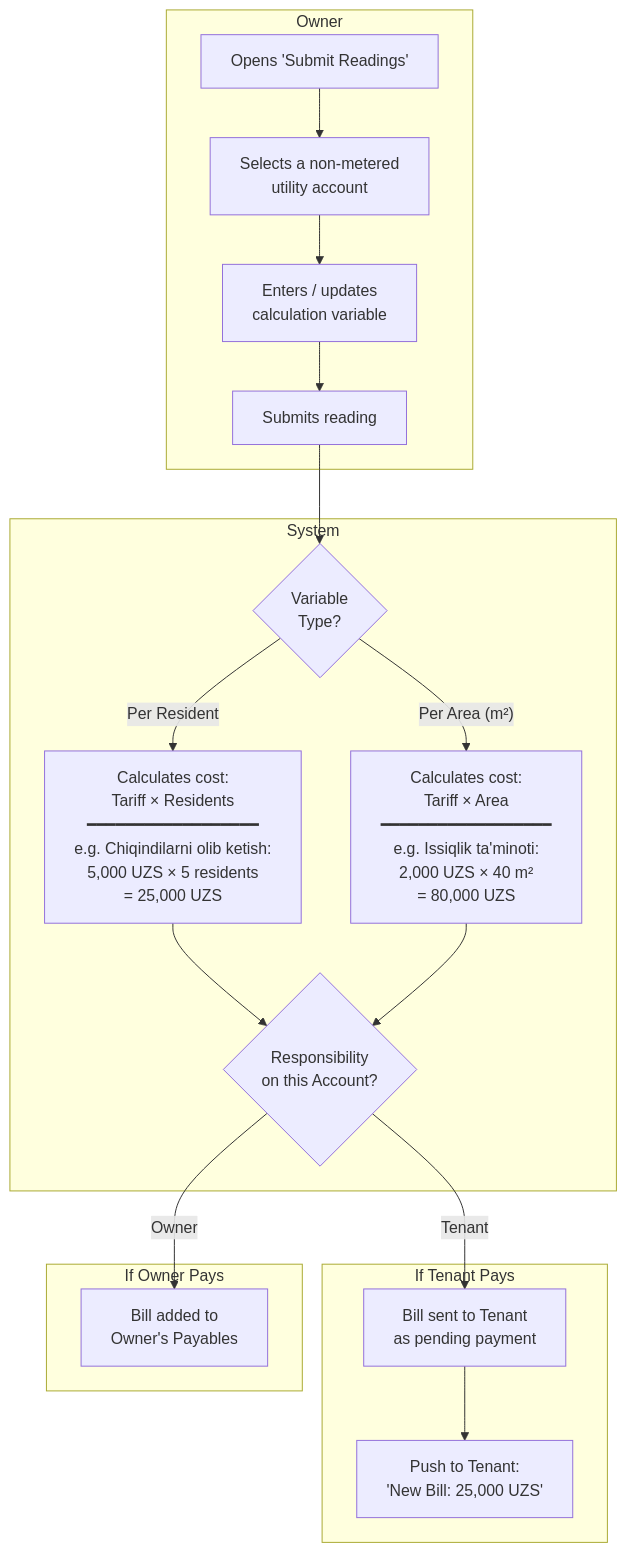
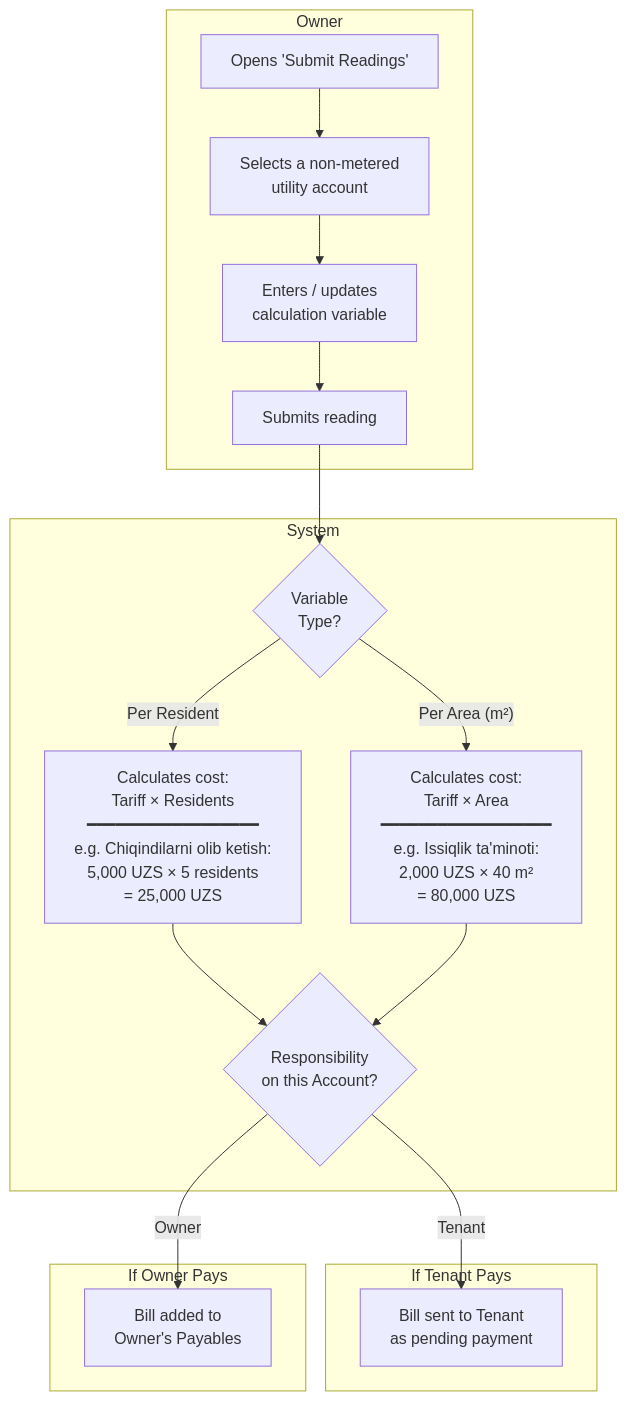
Before and after one commit to saodatm-dev/Utilities---Informational-Architecture: the sixth of 12 diagrams in Utilities - Business Owner.md, drawn with Mermaid. The commit also changed other lines of this file, not shown here.

Commit message:
refactor: Refine billing automation descriptions, update dashboard alerts, remove tenant bill notifications, and clarify non-metered utility settlement.

````diff
--- a/Utilities - Business Owner.md
+++ b/Utilities - Business Owner.md
@@ -195,26 +194,25 @@
 ```mermaid
 flowchart TD
     subgraph OWNER_ACTIONS ["Owner"]
         OPEN["Opens 'Submit Readings'"] --> SELECT["Selects a non-metered<br/>utility account"]
         SELECT --> INPUT["Enters / updates<br/>calculation variable"]
         INPUT --> SUBMIT["Submits reading"]
     end
 
     subgraph SYSTEM_ACTIONS ["System"]
         SUBMIT --> DETERMINE{"Variable<br/>Type?"}
         DETERMINE -->|"Per Resident"| CALC_RES["Calculates cost:<br/>Tariff × Residents<br/>━━━━━━━━━━━━━━━━━━<br/>e.g. Chiqindilarni olib ketish:<br/>5,000 UZS × 5 residents<br/>= 25,000 UZS"]
         DETERMINE -->|"Per Area (m²)"| CALC_AREA["Calculates cost:<br/>Tariff × Area<br/>━━━━━━━━━━━━━━━━━━<br/>e.g. Issiqlik ta'minoti:<br/>2,000 UZS × 40 m²<br/>= 80,000 UZS"]
 
         CALC_RES --> CHECK_RESP{"Responsibility<br/>on this Account?"}
         CALC_AREA --> CHECK_RESP
     end
 
     subgraph TENANT_PATH ["If Tenant Pays"]
         CHECK_RESP -->|"Tenant"| BILL_T["Bill sent to Tenant<br/>as pending payment"]
-        BILL_T --> NOTIFY_T["Push to Tenant:<br/>'New Bill: 25,000 UZS'"]
     end
 
     subgraph OWNER_PATH ["If Owner Pays"]
         CHECK_RESP -->|"Owner"| BILL_O["Bill added to<br/>Owner's Payables"]
     end
 ```
````
